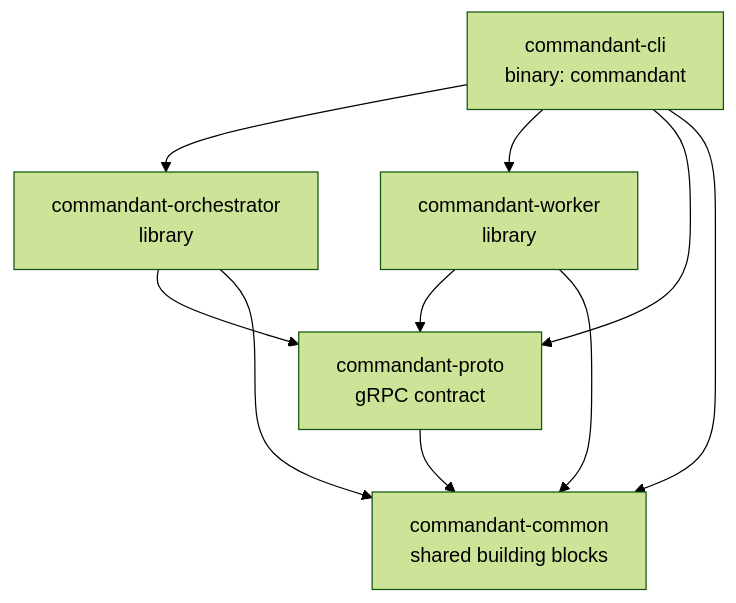
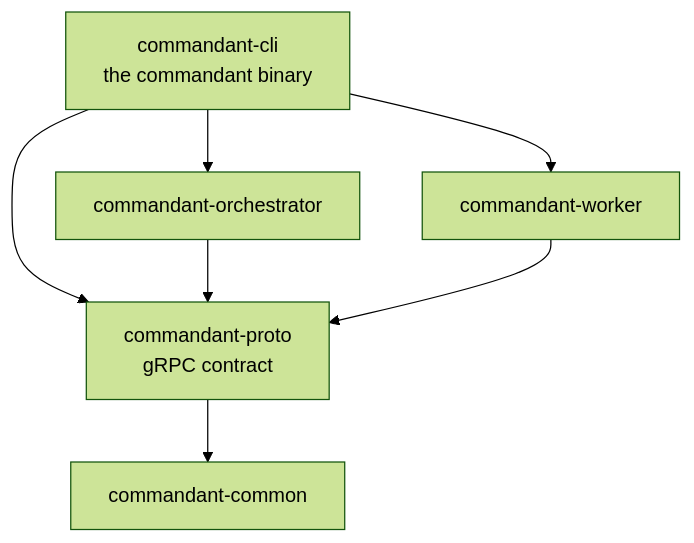
The diagram in docs/crates.md (EwenSellitto/Commandant), drawn with Mermaid (forest theme) before and after one commit. The commit also changed other lines of this file and 2 other files, not shown here.

````diff
--- a/docs/crates.md
+++ b/docs/crates.md
@@ -6,18 +6,12 @@
 ```mermaid
 flowchart TD
-    CLI["commandant-cli<br/>binary: commandant"]
-    ORCH["commandant-orchestrator<br/>library"]
-    WORK["commandant-worker<br/>library"]
+    CLI["commandant-cli<br/>the commandant binary"]
+    ORCH["commandant-orchestrator"]
+    WORK["commandant-worker"]
     PROTO["commandant-proto<br/>gRPC contract"]
-    COMMON["commandant-common<br/>shared building blocks"]
-
-    CLI --> ORCH
-    CLI --> WORK
-    CLI --> PROTO
+    COMMON["commandant-common"]
+    CLI --> ORCH & WORK & PROTO
     ORCH --> PROTO
     WORK --> PROTO
     PROTO --> COMMON
-    CLI --> COMMON
-    ORCH --> COMMON
-    WORK --> COMMON
 ```
````
